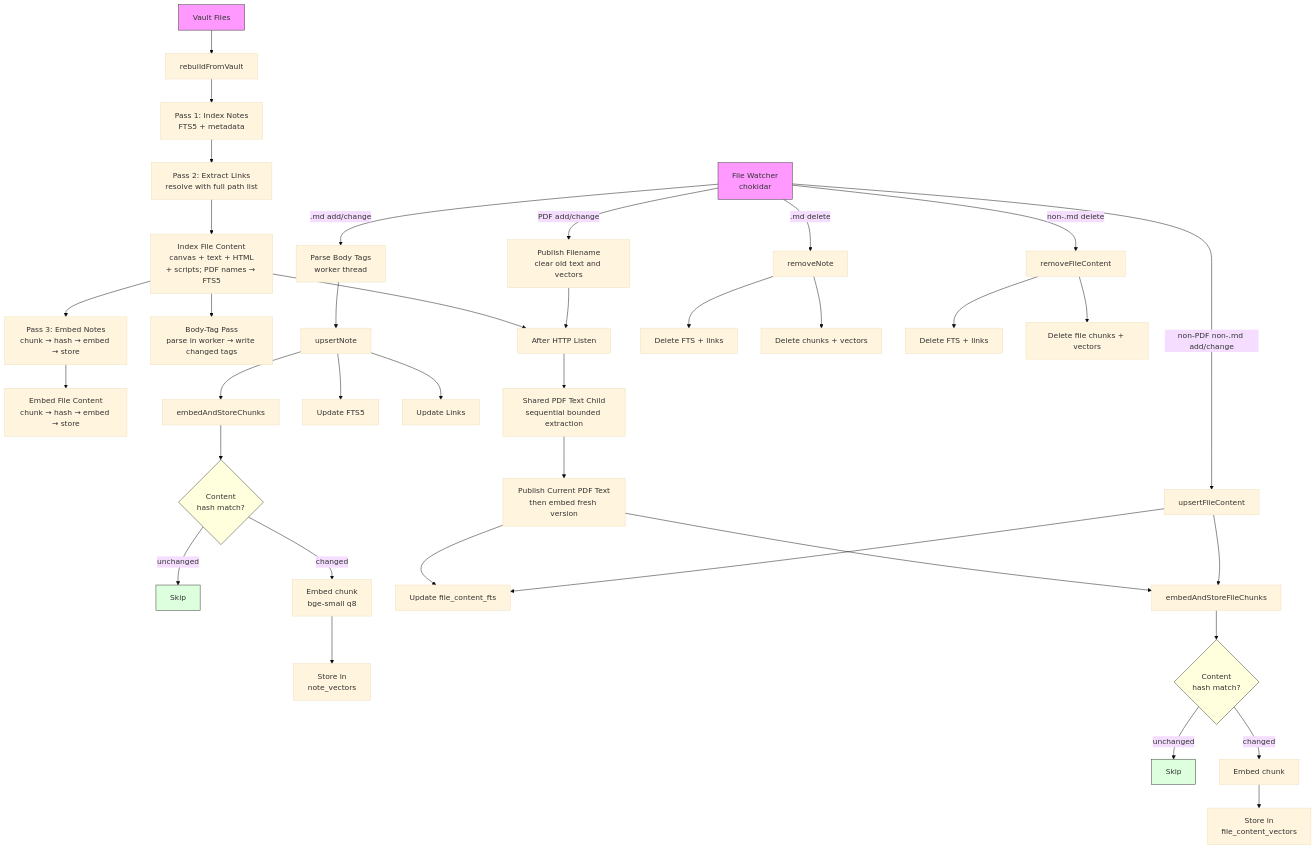
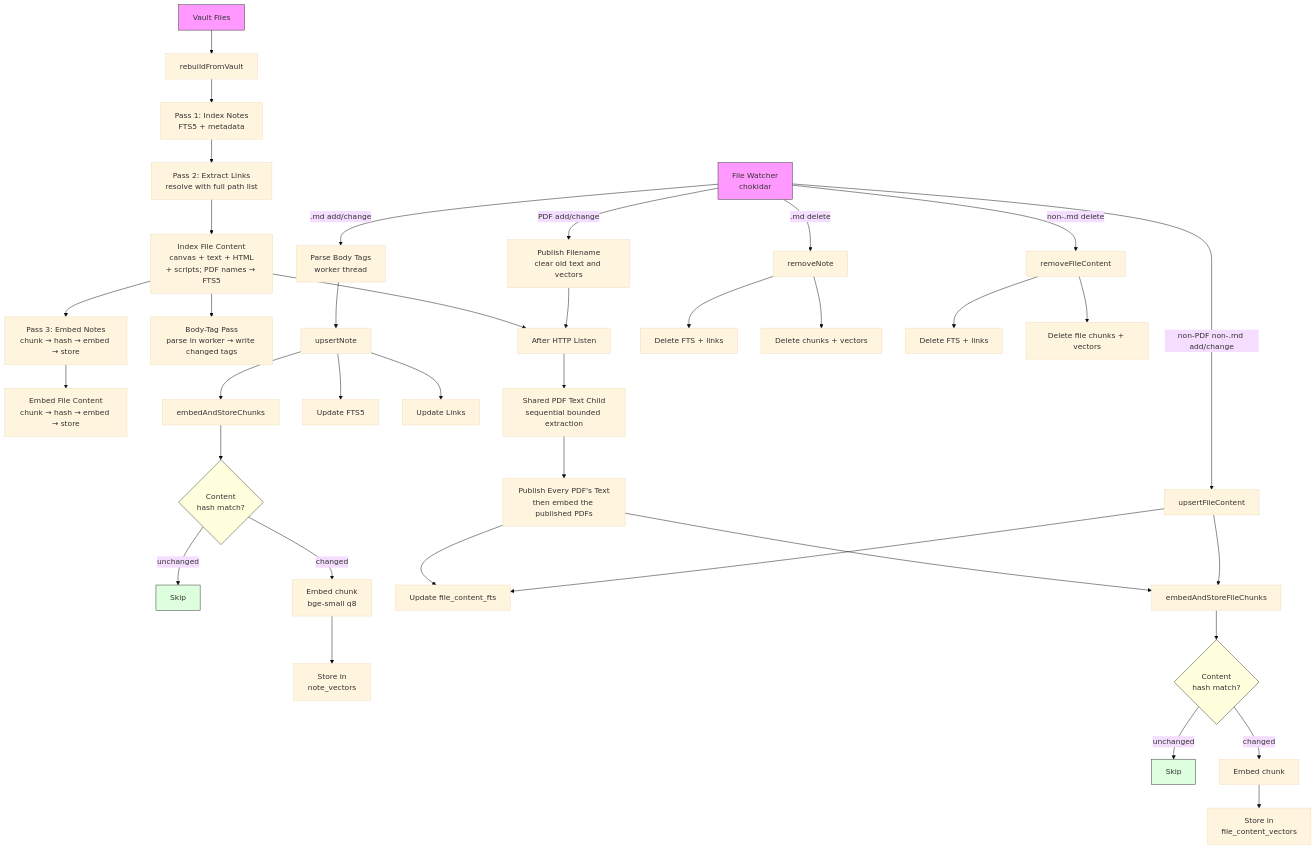
Before and after one commit to aliasunder/vault-cortex: the third of 6 diagrams in ARCHITECTURE.md, drawn with Mermaid (base theme). The commit also changed other lines of this file and 20 other files, not shown here.

````diff
--- a/ARCHITECTURE.md
+++ b/ARCHITECTURE.md
@@ -621,50 +624,50 @@
 ```mermaid
 flowchart TD
     VF[Vault Files] --> RB[rebuildFromVault]
     RB --> P1[Pass 1: Index Notes\nFTS5 + metadata]
     P1 --> P2[Pass 2: Extract Links\nresolve with full path list]
     P2 --> FC[Index File Content\ncanvas + text + HTML\n+ scripts; PDF names → FTS5]
     FC --> P3[Pass 3: Embed Notes\nchunk → hash → embed → store]
     P3 --> P3F[Embed File Content\nchunk → hash → embed → store]
     FC --> BTP[Body-Tag Pass\nparse in worker → write changed tags]
     FC --> PG[After HTTP Listen]
     PG --> PX[Shared PDF Text Child\nsequential bounded extraction]
-    PX --> PP[Publish Current PDF Text\nthen embed fresh version]
+    PX --> PP[Publish Every PDF's Text\nthen embed the published PDFs]
 
     FW[File Watcher\nchokidar] --> |.md add/change| BT[Parse Body Tags\nworker thread]
     BT --> UP[upsertNote]
     UP --> FTS[Update FTS5]
     UP --> LK[Update Links]
     UP --> EM[embedAndStoreChunks]
     EM --> CH{Content\nhash match?}
     CH --> |unchanged| SK[Skip]
     CH --> |changed| EMB[Embed chunk\nbge-small q8]
     EMB --> VEC[Store in\nnote_vectors]
 
     FW --> |non-PDF non-.md add/change| UFC[upsertFileContent]
     FW --> |PDF add/change| PN[Publish Filename\nclear old text and vectors]
     PN --> PG
     PP --> FFTS
     PP --> EFC
     UFC --> FFTS[Update file_content_fts]
     UFC --> EFC[embedAndStoreFileChunks]
     EFC --> FCH{Content\nhash match?}
     FCH --> |unchanged| FSK[Skip]
     FCH --> |changed| FEMB[Embed chunk]
     FEMB --> FVEC[Store in\nfile_content_vectors]
 
     FW --> |.md delete| RM[removeNote]
     RM --> D1[Delete FTS + links]
     RM --> D2[Delete chunks + vectors]
 
     FW --> |non-.md delete| RMF[removeFileContent]
     RMF --> FD1[Delete FTS + links]
     RMF --> FD2[Delete file chunks + vectors]
 
     style VF fill:#f9f,stroke:#333
     style FW fill:#f9f,stroke:#333
     style CH fill:#ffd,stroke:#333
     style FCH fill:#ffd,stroke:#333
     style SK fill:#dfd,stroke:#333
     style FSK fill:#dfd,stroke:#333
 ```
````
